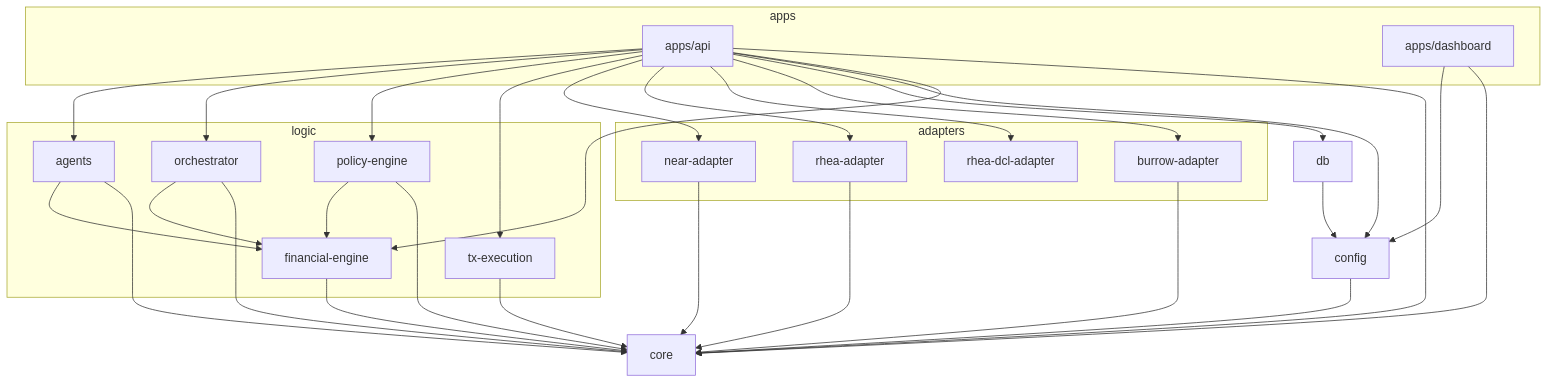
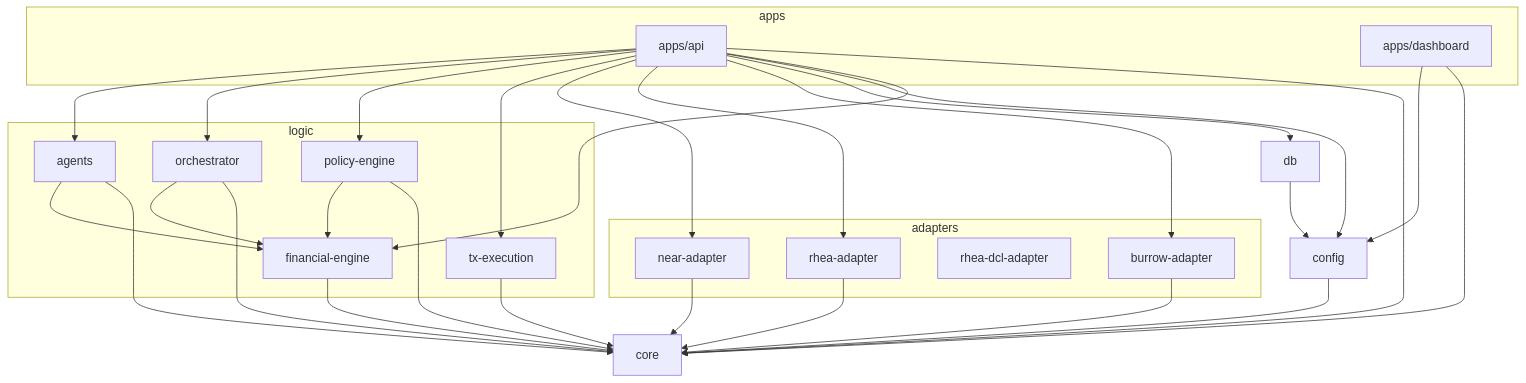
Before and after one commit to deafmsn201111-sys/near-autopilot: the first of 2 diagrams in docs/architecture.md, drawn with Mermaid. The commit also changed other lines of this file and 3 other files, not shown here.

First line of the commit message:
Docs: align README, architecture, orchestrator and security docs with the code

````diff
--- a/docs/architecture.md
+++ b/docs/architecture.md
@@ -21,36 +21,36 @@
 ```mermaid
 flowchart TD
   subgraph apps
     API[apps/api]
     DASH[apps/dashboard]
   end
   subgraph logic
     AG[agents]
     POL[policy-engine]
     TX[tx-execution]
     FIN[financial-engine]
     ORCH[orchestrator]
   end
   subgraph adapters
     NEAR[near-adapter]
     RHEA[rhea-adapter]
     DCL[rhea-dcl-adapter]
     BUR[burrow-adapter]
   end
   CORE[core]
   CFG[config]
   DB[db]
 
-  API --> AG & ORCH & POL & TX & NEAR & RHEA & DCL & BUR & DB & CFG & FIN & CORE
+  API --> AG & ORCH & POL & TX & NEAR & RHEA & BUR & DB & CFG & FIN & CORE
   DASH --> CFG & CORE
   AG --> FIN & CORE
   ORCH --> FIN & CORE
   POL --> FIN & CORE
   TX --> CORE
   FIN --> CORE
   NEAR --> CORE
   RHEA --> CORE
   BUR --> CORE
   CFG --> CORE
   DB --> CFG
 ```
````
